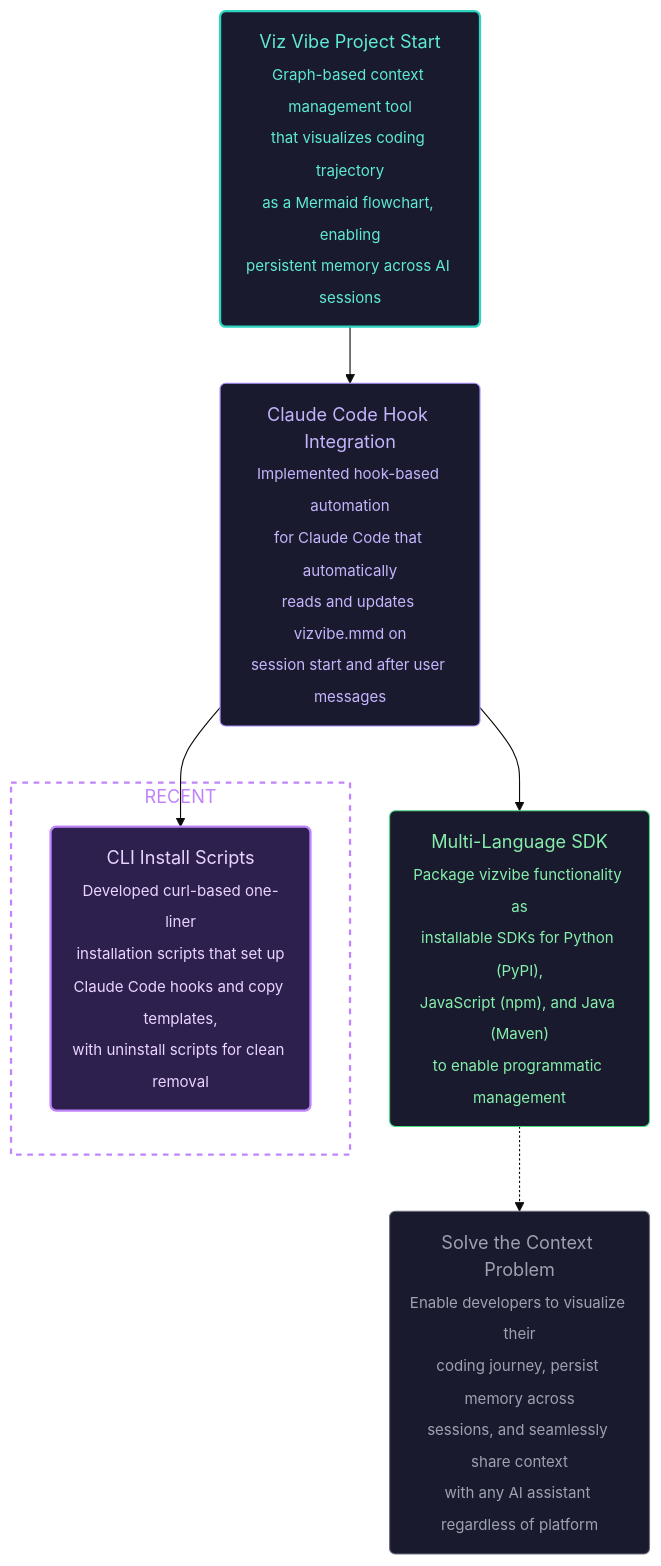
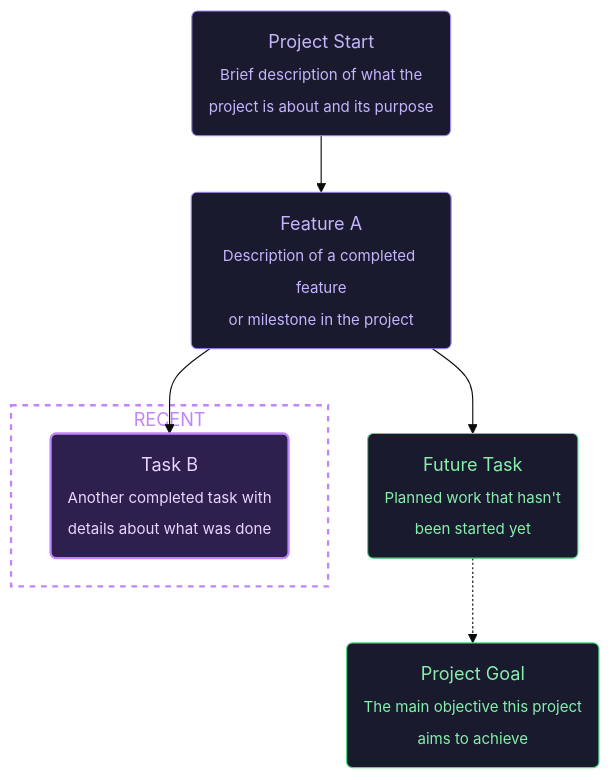
The diagram in README.md (NamHyeongKeol/viz-vibe), drawn with Mermaid (base theme) before and after one commit. The commit also changed other lines of this file and 4 other files, not shown here.

First line of the commit message:
fix(docs): use generic examples to prevent AI copying viz-vibe content

````diff
--- a/README.md
+++ b/README.md
@@ -187,53 +189,49 @@
 ```mermaid
 flowchart TD
     %% === PROJECT GOALS ===
-    %% Ultimate Goal: Make human-AI collaboration seamless with visual context maps
+    %% Ultimate Goal: [Describe the user's project goal]
 
     %% === START ===
     %% @project_start [start, closed]
-    project_start("Viz Vibe Project Start<br/><sub>Graph-based context management tool<br/>that visualizes coding trajectory<br/>as a Mermaid flowchart, enabling<br/>persistent memory across AI sessions</sub>")
+    project_start("Project Start<br/><sub>Brief description of what the<br/>project is about and its purpose</sub>")
 
     %% @ultimate_goal [end, opened]
-    ultimate_goal("Solve the Context Problem<br/><sub>Enable developers to visualize their<br/>coding journey, persist memory across<br/>sessions, and seamlessly share context<br/>with any AI assistant regardless of platform</sub>")
+    ultimate_goal("Project Goal<br/><sub>The main objective this project<br/>aims to achieve</sub>")
 
     %% === COMPLETED WORK ===
-    %% @claude_code_integration [ai-task, closed]
-    claude_code_integration("Claude Code Hook Integration<br/><sub>Implemented hook-based automation<br/>for Claude Code that automatically<br/>reads and updates vizvibe.mmd on<br/>session start and after user messages</sub>")
+    %% @feature_a [ai-task, closed]
+    feature_a("Feature A<br/><sub>Description of a completed feature<br/>or milestone in the project</sub>")
 
-    %% @install_scripts [ai-task, closed]
-    install_scripts("CLI Install Scripts<br/><sub>Developed curl-based one-liner<br/>installation scripts that set up<br/>Claude Code hooks and copy templates,<br/>with uninstall scripts for clean removal</sub>")
+    %% @task_b [ai-task, closed]
+    task_b("Task B<br/><sub>Another completed task with<br/>details about what was done</sub>")
 
     %% === FUTURE WORK ===
-    %% @lib_packaging [ai-task, opened]
-    lib_packaging("Multi-Language SDK<br/><sub>Package vizvibe functionality as<br/>installable SDKs for Python (PyPI),<br/>JavaScript (npm), and Java (Maven)<br/>to enable programmatic management</sub>")
+    %% @future_task [ai-task, opened]
+    future_task("Future Task<br/><sub>Planned work that hasn't<br/>been started yet</sub>")
 
     %% === CONNECTIONS ===
-    project_start --> claude_code_integration
-    claude_code_integration --> install_scripts
-    claude_code_integration --> lib_packaging
-    lib_packaging -.-> ultimate_goal
+    project_start --> feature_a
+    feature_a --> task_b
+    feature_a --> future_task
+    future_task -.-> ultimate_goal
 
     %% === RECENT WORK HIGHLIGHT ===
     subgraph recent [RECENT]
-        install_scripts
+        task_b
     end
 
     %% === STYLES ===
-    %% Start node (teal)
-    style project_start fill:#1a1a2e,stroke:#2dd4bf,color:#5eead4,stroke-width:2px
-
-    %% Ultimate Goal (muted gray)
-    style ultimate_goal fill:#1a1a2e,stroke:#6b7280,color:#9ca3af,stroke-width:1px
-
     %% Closed tasks (soft purple)
-    style claude_code_integration fill:#1a1a2e,stroke:#a78bfa,color:#c4b5fd,stroke-width:1px
+    style project_start fill:#1a1a2e,stroke:#a78bfa,color:#c4b5fd,stroke-width:1px
+    style feature_a fill:#1a1a2e,stroke:#a78bfa,color:#c4b5fd,stroke-width:1px
 
     %% Recent node (highlighted purple)
-    style install_scripts fill:#2d1f4e,stroke:#c084fc,color:#e9d5ff,stroke-width:2px
+    style task_b fill:#2d1f4e,stroke:#c084fc,color:#e9d5ff,stroke-width:2px
 
     %% Recent subgraph (dashed border)
     style recent fill:transparent,stroke:#c084fc,color:#c084fc,stroke-width:2px,stroke-dasharray:5 5
 
     %% Open tasks (soft green)
-    style lib_packaging fill:#1a1a2e,stroke:#4ade80,color:#86efac,stroke-width:1px
+    style ultimate_goal fill:#1a1a2e,stroke:#4ade80,color:#86efac,stroke-width:1px
+    style future_task fill:#1a1a2e,stroke:#4ade80,color:#86efac,stroke-width:1px
 ```
````
